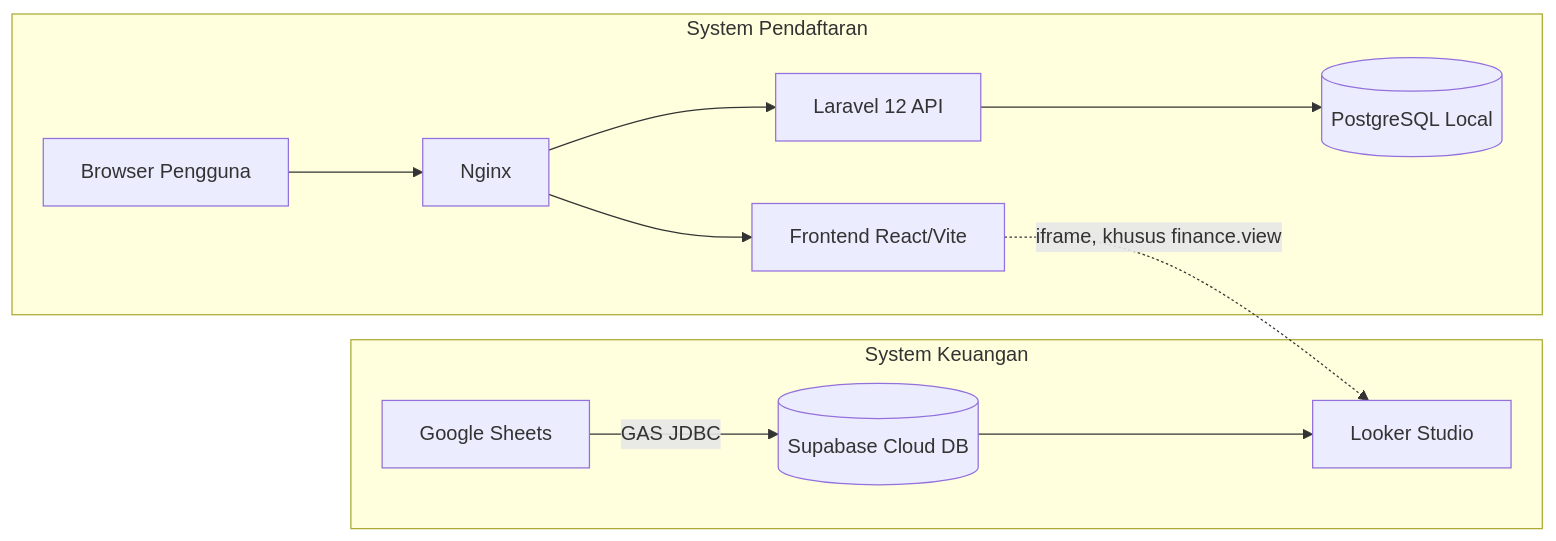
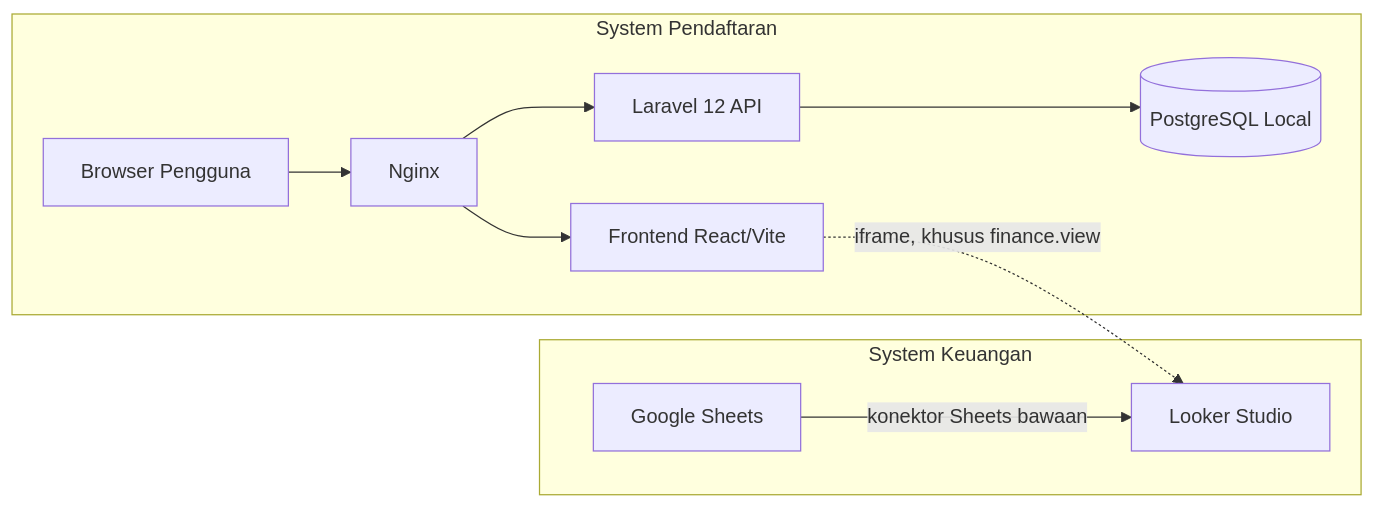
Before and after one commit to muhnazli6804-boop/companyprofile: the second of 2 diagrams in docs/PRD-Website-Yayasan-Padindi.md, drawn with Mermaid. The commit also changed other lines of this file and 19 other files, not shown here.

````diff
--- a/docs/PRD-Website-Yayasan-Padindi.md
+++ b/docs/PRD-Website-Yayasan-Padindi.md
@@ -346,15 +347,15 @@
 ```mermaid
 flowchart LR
     subgraph System Pendaftaran
         U[Browser Pengguna] --> N[Nginx]
         N --> FE[Frontend React/Vite]
         N --> API[Laravel 12 API]
         API --> DB_LOCAL[(PostgreSQL Local)]
     end
 
     subgraph System Keuangan
-        GS[Google Sheets] -->|GAS JDBC| SUPA[(Supabase Cloud DB)]
-        SUPA --> LS[Looker Studio]
+        GS[Google Sheets] -->|konektor Sheets bawaan| LS[Looker Studio]
+        %% tanpa database perantara
         FE -.->|iframe, khusus finance.view| LS
     end
 ```
````
